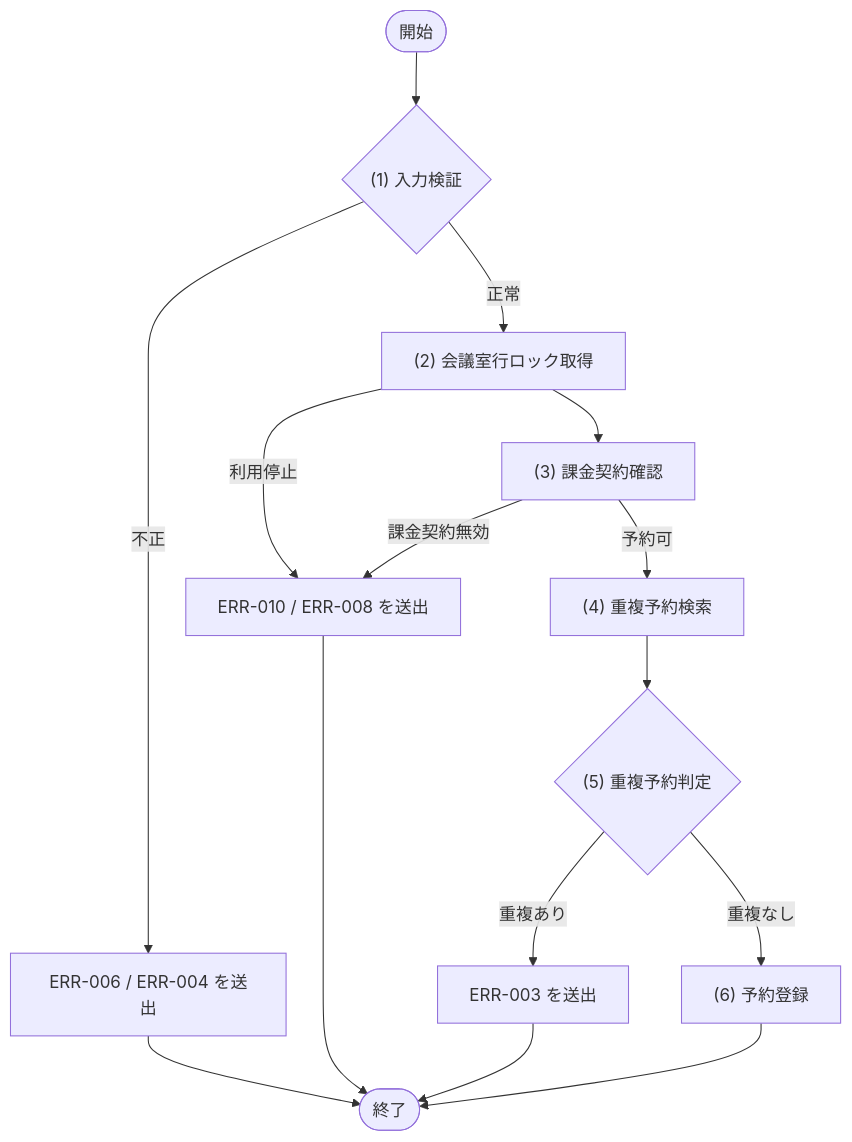
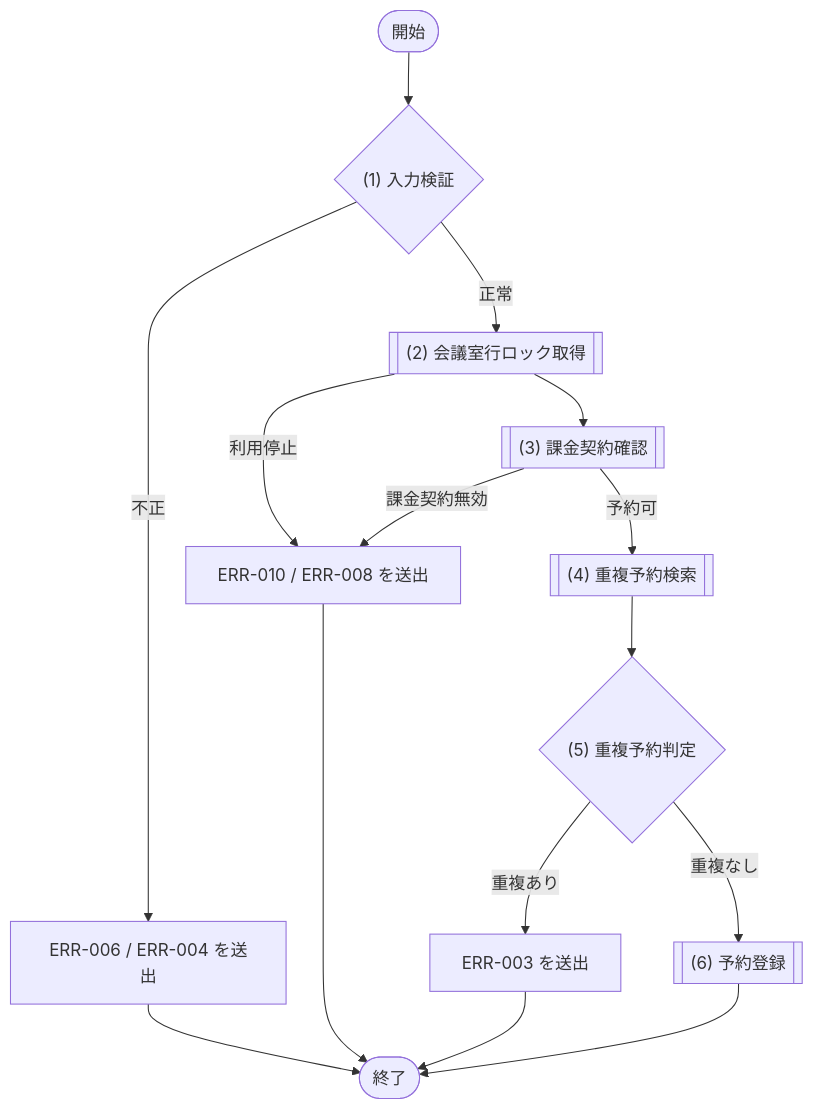
The second of 5 diagrams in docs/03_機能設計/05_モジュール設計/MOD-003_予約サービス.md (sikakou54/system-document-template), drawn with Mermaid before and after one commit. The commit also changed other lines of this file and 28 other files, not shown here.

````diff
--- a/docs/03_機能設計/05_モジュール設計/MOD-003_予約サービス.md
+++ b/docs/03_機能設計/05_モジュール設計/MOD-003_予約サービス.md
@@ -135,23 +135,23 @@
 ```mermaid
 flowchart TD
   Start([開始])
   D1{"(1) 入力検証"}
-  P1["(2) 会議室行ロック取得"]
-  P2["(3) 課金契約確認"]
-  P3["(4) 重複予約検索"]
+  P1[["(2) 会議室行ロック取得"]]
+  P2[["(3) 課金契約確認"]]
+  P3[["(4) 重複予約検索"]]
   D2{"(5) 重複予約判定"}
-  P4["(6) 予約登録"]
+  P4[["(6) 予約登録"]]
   E1["ERR-006 / ERR-004 を送出"]
   E2["ERR-010 / ERR-008 を送出"]
   E3["ERR-003 を送出"]
   End([終了])
 
   Start --> D1
   D1 -- "不正" --> E1 --> End
   D1 -- "正常" --> P1 --> P2
   P1 -- "利用停止" --> E2 --> End
   P2 -- "課金契約無効" --> E2
   P2 -- "予約可" --> P3 --> D2
   D2 -- "重複あり" --> E3 --> End
   D2 -- "重複なし" --> P4 --> End
 ```
````
